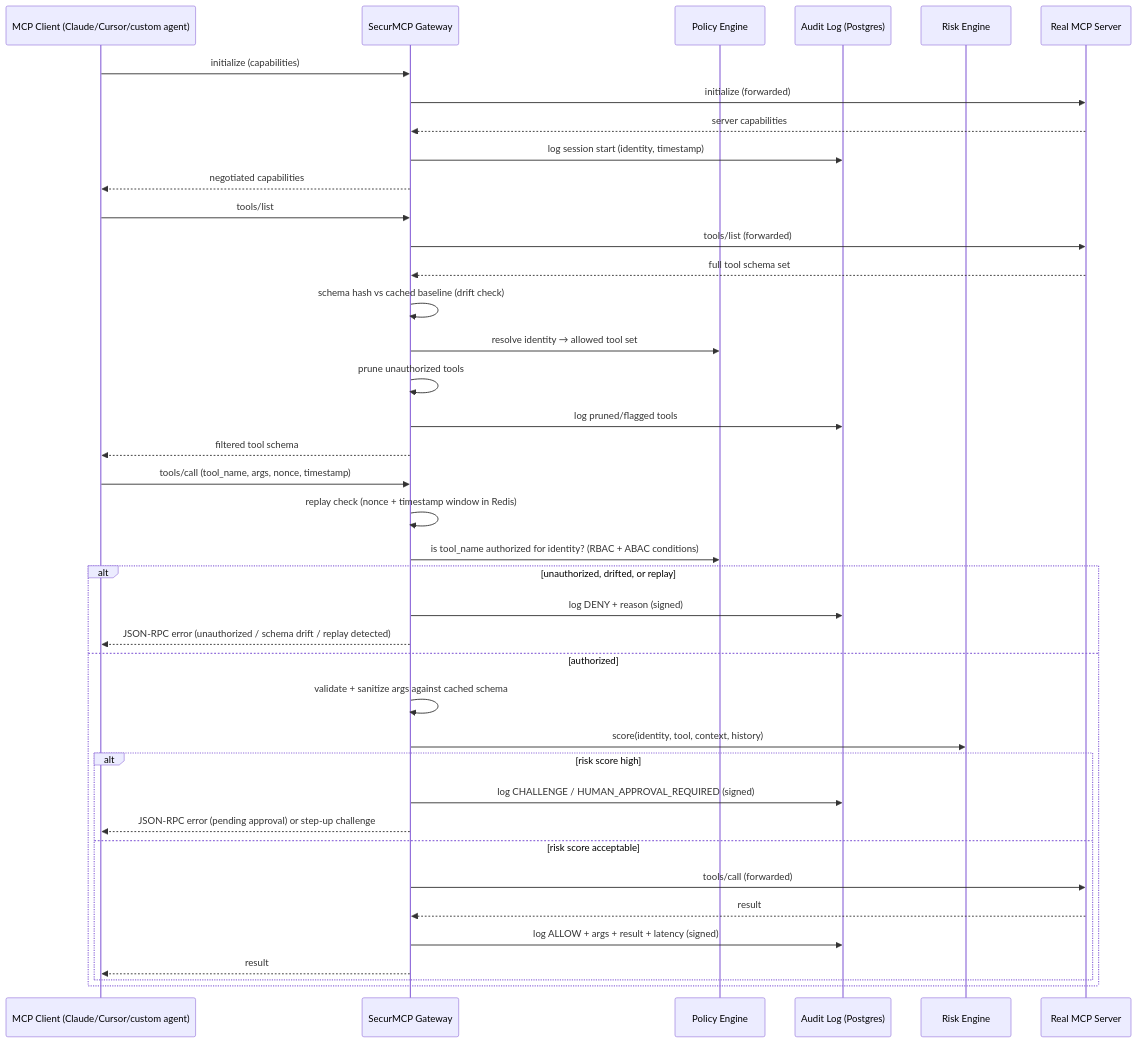
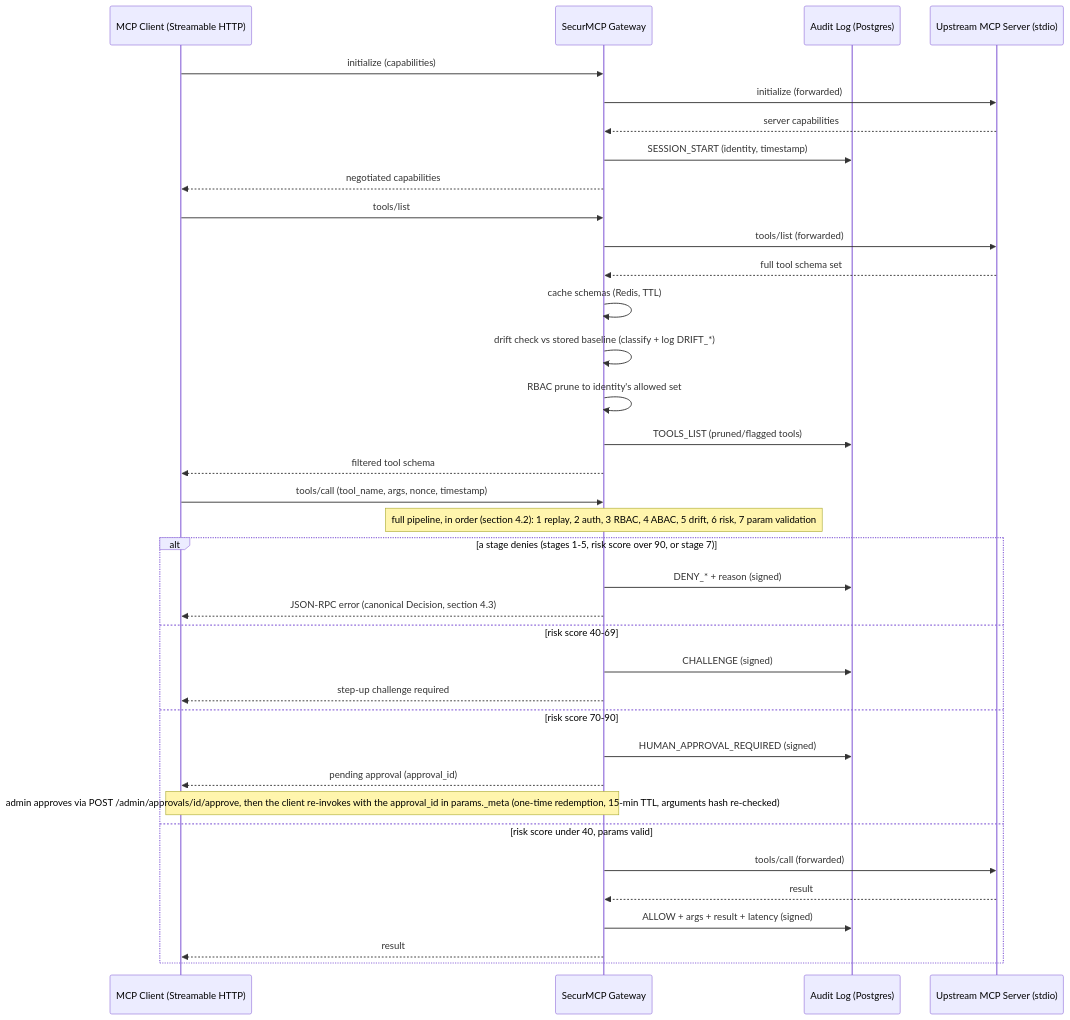
The first of 5 diagrams in ARCHITECTURE.md (BashaarJavaid/SecureMCP), drawn with Mermaid before and after one commit. The commit also changed other lines of this file and 4 other files, not shown here.

First line of the commit message:
Update architecture documentation to reflect recent changes and enhancements

````diff
--- a/ARCHITECTURE.md
+++ b/ARCHITECTURE.md
@@ -13,44 +15,41 @@
 ```mermaid
 sequenceDiagram
-    participant Client as MCP Client (Claude/Cursor/custom agent)
+    participant Client as MCP Client (Streamable HTTP)
     participant Gateway as SecurMCP Gateway
-    participant Policy as Policy Engine
     participant Audit as Audit Log (Postgres)
-    participant RiskEngine as Risk Engine
-    participant Server as Real MCP Server
+    participant Server as Upstream MCP Server (stdio)
 
     Client->>Gateway: initialize (capabilities)
     Gateway->>Server: initialize (forwarded)
     Server-->>Gateway: server capabilities
-    Gateway->>Audit: log session start (identity, timestamp)
+    Gateway->>Audit: SESSION_START (identity, timestamp)
     Gateway-->>Client: negotiated capabilities
 
     Client->>Gateway: tools/list
     Gateway->>Server: tools/list (forwarded)
     Server-->>Gateway: full tool schema set
-    Gateway->>Gateway: schema hash vs cached baseline (drift check)
-    Gateway->>Policy: resolve identity → allowed tool set
-    Gateway->>Gateway: prune unauthorized tools
-    Gateway->>Audit: log pruned/flagged tools
+    Gateway->>Gateway: cache schemas (Redis, TTL)
+    Gateway->>Gateway: drift check vs stored baseline (classify + log DRIFT_*)
+    Gateway->>Gateway: RBAC prune to identity's allowed set
+    Gateway->>Audit: TOOLS_LIST (pruned/flagged tools)
     Gateway-->>Client: filtered tool schema
 
     Client->>Gateway: tools/call (tool_name, args, nonce, timestamp)
-    Gateway->>Gateway: replay check (nonce + timestamp window in Redis)
-    Gateway->>Policy: is tool_name authorized for identity? (RBAC + ABAC conditions)
-    alt unauthorized, drifted, or replay
-        Gateway->>Audit: log DENY + reason (signed)
-        Gateway-->>Client: JSON-RPC error (unauthorized / schema drift / replay detected)
-    else authorized
-        Gateway->>Gateway: validate + sanitize args against cached schema
-        Gateway->>RiskEngine: score(identity, tool, context, history)
-        alt risk score high
-            Gateway->>Audit: log CHALLENGE / HUMAN_APPROVAL_REQUIRED (signed)
-            Gateway-->>Client: JSON-RPC error (pending approval) or step-up challenge
-        else risk score acceptable
-            Gateway->>Server: tools/call (forwarded)
-            Server-->>Gateway: result
-            Gateway->>Audit: log ALLOW + args + result + latency (signed)
-            Gateway-->>Client: result
-        end
+    Note over Gateway: full pipeline, in order (section 4.2): 1 replay, 2 auth, 3 RBAC, 4 ABAC, 5 drift, 6 risk, 7 param validation
+    alt a stage denies (stages 1-5, risk score over 90, or stage 7)
+        Gateway->>Audit: DENY_* + reason (signed)
+        Gateway-->>Client: JSON-RPC error (canonical Decision, section 4.3)
+    else risk score 40-69
+        Gateway->>Audit: CHALLENGE (signed)
+        Gateway-->>Client: step-up challenge required
+    else risk score 70-90
+        Gateway->>Audit: HUMAN_APPROVAL_REQUIRED (signed)
+        Gateway-->>Client: pending approval (approval_id)
+        Note over Client,Gateway: admin approves via POST /admin/approvals/id/approve, then the client re-invokes with the approval_id in params._meta (one-time redemption, 15-min TTL, arguments hash re-checked)
+    else risk score under 40, params valid
+        Gateway->>Server: tools/call (forwarded)
+        Server-->>Gateway: result
+        Gateway->>Audit: ALLOW + args + result + latency (signed)
+        Gateway-->>Client: result
     end
 ```
````
